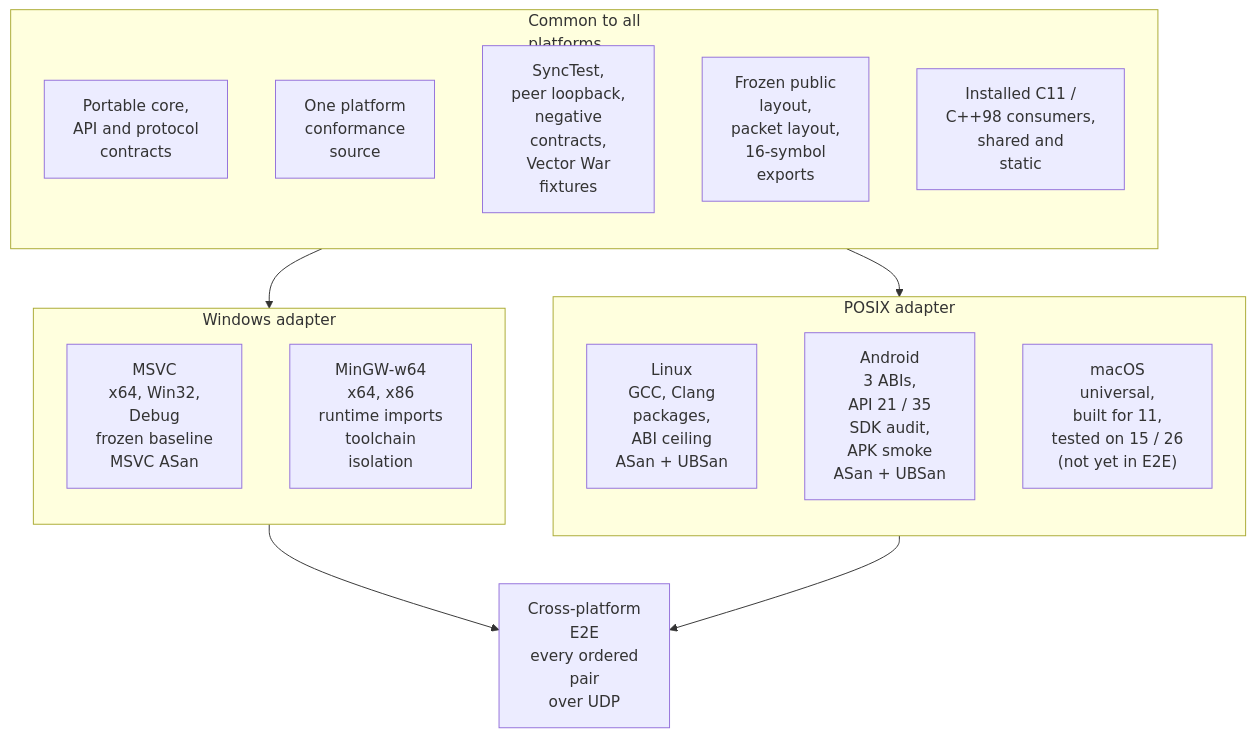
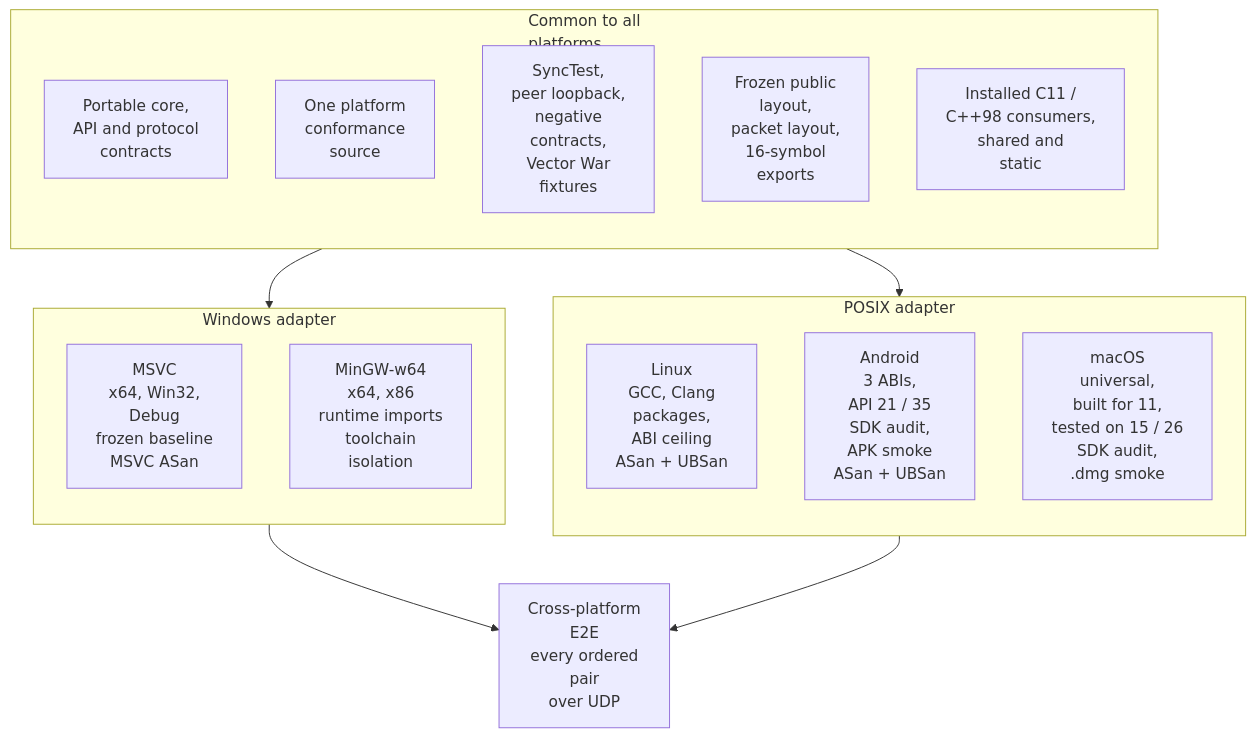
Before and after one commit to irregularthanis/ggpo-next: the first of 9 diagrams in doc/architecture/Testing.md, drawn with Mermaid. The commit also changed other lines of this file and 10 other files, not shown here.

````diff
--- a/doc/architecture/Testing.md
+++ b/doc/architecture/Testing.md
@@ -61,31 +61,31 @@
 ```mermaid
 flowchart TB
     subgraph COMMON["Common to all<br/>platforms"]
         direction TB
         CORE["Portable core,<br/>API and protocol<br/>contracts"]
         CONF["One platform<br/>conformance<br/>source"]
         FIX["SyncTest,<br/>peer loopback,<br/>negative<br/>contracts,<br/>Vector War<br/>fixtures"]
         LAYOUT["Frozen public<br/>layout,<br/>packet layout,<br/>16-symbol<br/>exports"]
         CONS["Installed C11 /<br/>C++98 consumers,<br/>shared and<br/>static"]
     end
 
     subgraph WIN["Windows adapter"]
         direction TB
         MSVC["MSVC<br/>x64, Win32,<br/>Debug<br/>frozen baseline<br/>MSVC ASan"]
         MINGW["MinGW-w64<br/>x64, x86<br/>runtime imports<br/>toolchain<br/>isolation"]
     end
 
     subgraph POSIX["POSIX adapter"]
         direction TB
         LINUX["Linux<br/>GCC, Clang<br/>packages,<br/>ABI ceiling<br/>ASan + UBSan"]
         ANDROID["Android<br/>3 ABIs,<br/>API 21 / 35<br/>SDK audit,<br/>APK smoke<br/>ASan + UBSan"]
-        MACOS["macOS<br/>universal,<br/>built for 11,<br/>tested on 15 / 26<br/>(not yet in E2E)"]
+        MACOS["macOS<br/>universal,<br/>built for 11,<br/>tested on 15 / 26<br/>SDK audit,<br/>.dmg smoke"]
     end
 
     E2E["Cross-platform<br/>E2E<br/>every ordered<br/>pair<br/>over UDP"]
 
     COMMON --> WIN
     COMMON --> POSIX
     WIN --> E2E
     POSIX --> E2E
 ```
````
